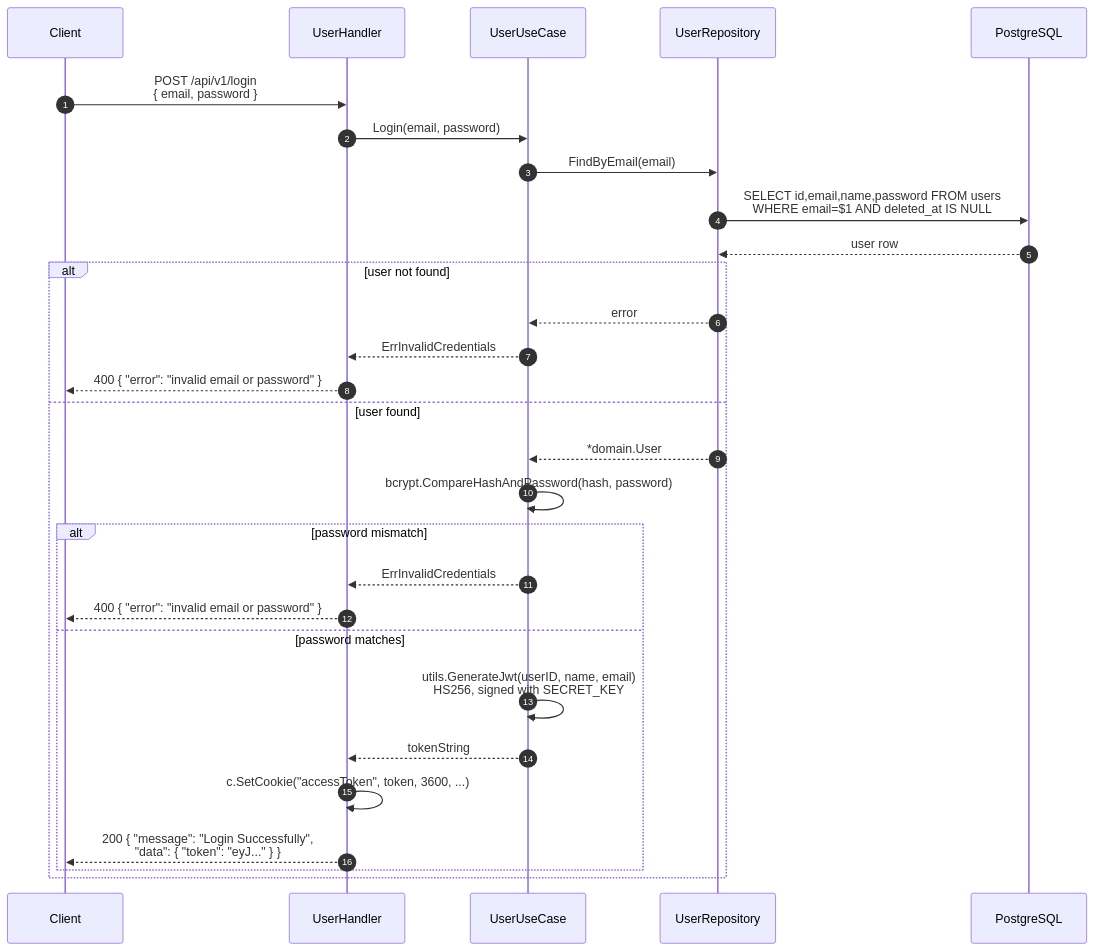
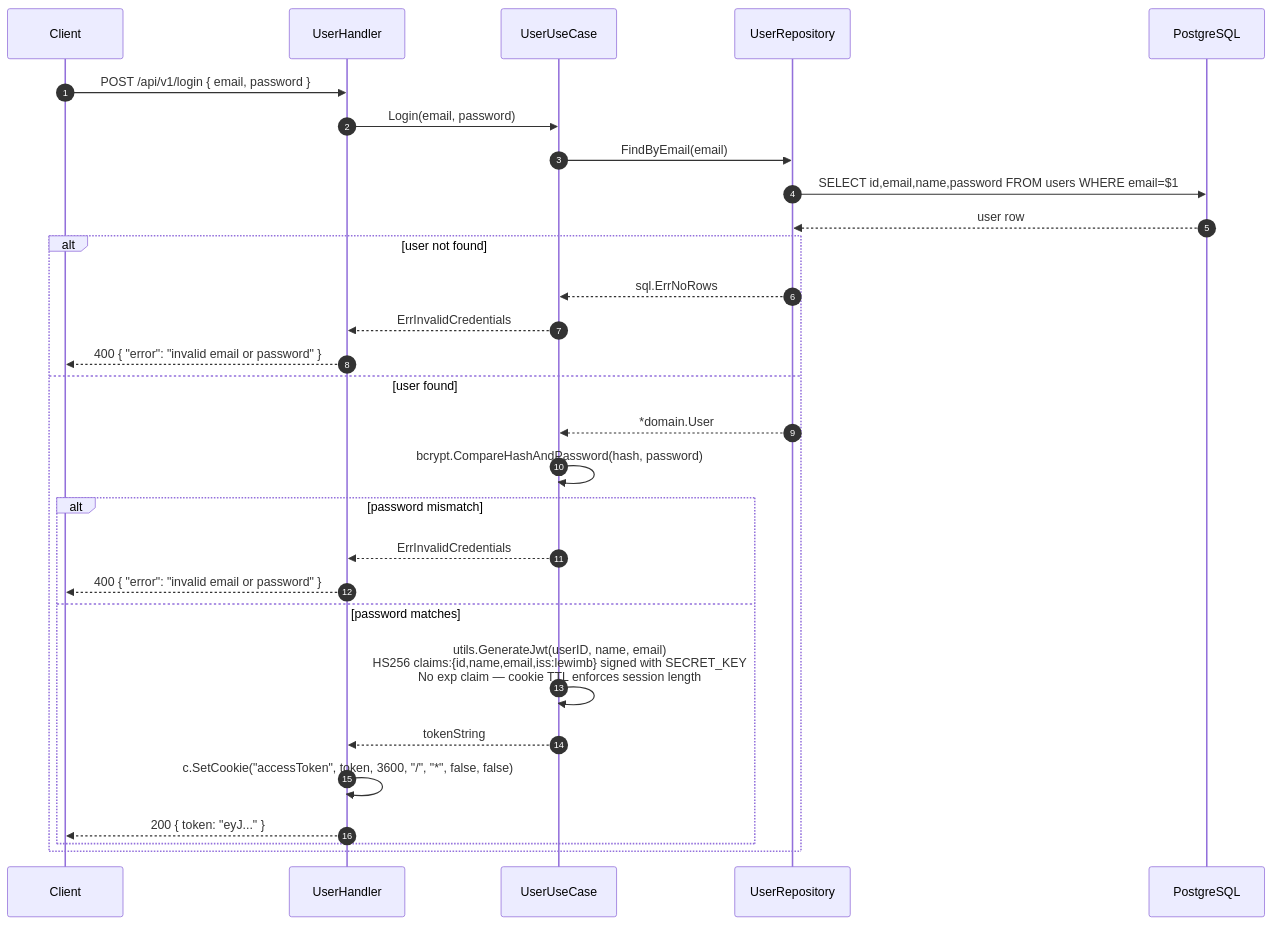
One commit to lewimb/financial-planning-golang changed the second of 14 diagrams in docs/sequence-diagram.md. Above: the diagram before and after it, drawn with Mermaid. The commit also changed other lines of this file and 30 other files, not shown here.

Commit message:
docs: add documentation, OpenAPI specs, flowcharts, seeder tooling, and frontend guide

````diff
--- a/docs/sequence-diagram.md
+++ b/docs/sequence-diagram.md
@@ -39,32 +40,32 @@
 ```mermaid
 sequenceDiagram
     autonumber
     participant C as Client
     participant H as UserHandler
     participant UC as UserUseCase
     participant R as UserRepository
     participant DB as PostgreSQL
 
-    C->>H: POST /api/v1/login<br/>{ email, password }
+    C->>H: POST /api/v1/login { email, password }
     H->>UC: Login(email, password)
     UC->>R: FindByEmail(email)
-    R->>DB: SELECT id,email,name,password FROM users<br/>WHERE email=$1 AND deleted_at IS NULL
+    R->>DB: SELECT id,email,name,password FROM users WHERE email=$1
     DB-->>R: user row
     alt user not found
-        R-->>UC: error
+        R-->>UC: sql.ErrNoRows
         UC-->>H: ErrInvalidCredentials
         H-->>C: 400 { "error": "invalid email or password" }
     else user found
         R-->>UC: *domain.User
         UC->>UC: bcrypt.CompareHashAndPassword(hash, password)
         alt password mismatch
             UC-->>H: ErrInvalidCredentials
             H-->>C: 400 { "error": "invalid email or password" }
         else password matches
-            UC->>UC: utils.GenerateJwt(userID, name, email)<br/>HS256, signed with SECRET_KEY
+            UC->>UC: utils.GenerateJwt(userID, name, email)<br/>HS256 claims:{id,name,email,iss:lewimb} signed with SECRET_KEY<br/>No exp claim — cookie TTL enforces session length
             UC-->>H: tokenString
-            H->>H: c.SetCookie("accessToken", token, 3600, ...)
-            H-->>C: 200 { "message": "Login Successfully",<br/>"data": { "token": "eyJ..." } }
+            H->>H: c.SetCookie("accessToken", token, 3600, "/", "*", false, false)
+            H-->>C: 200 { token: "eyJ..." }
         end
     end
 ```
````
